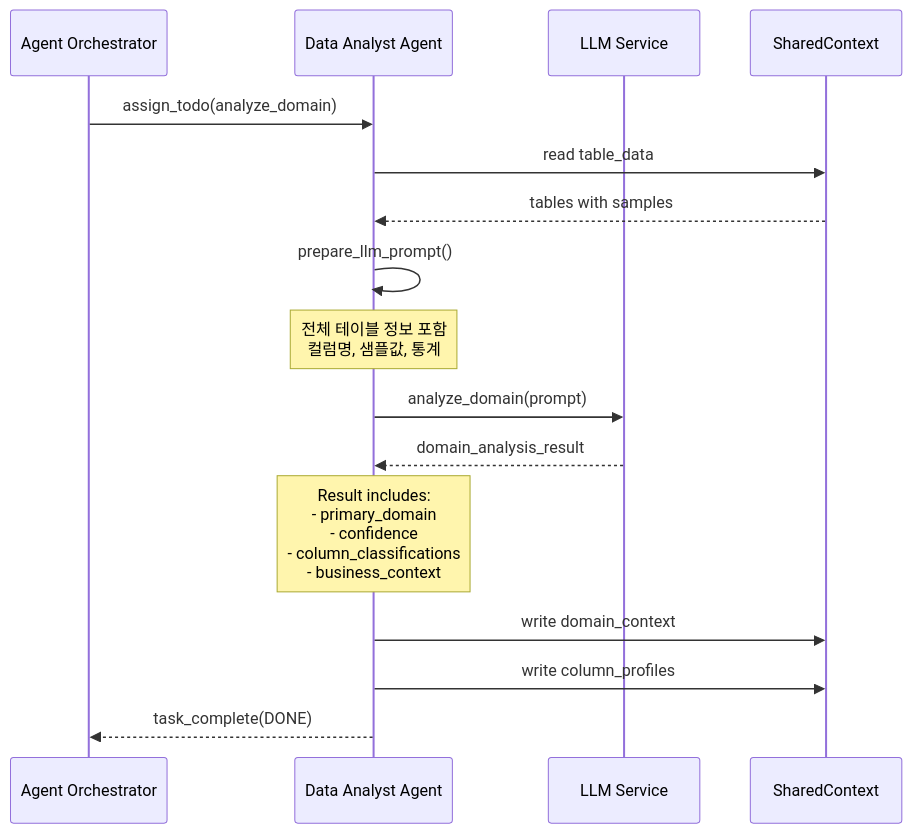
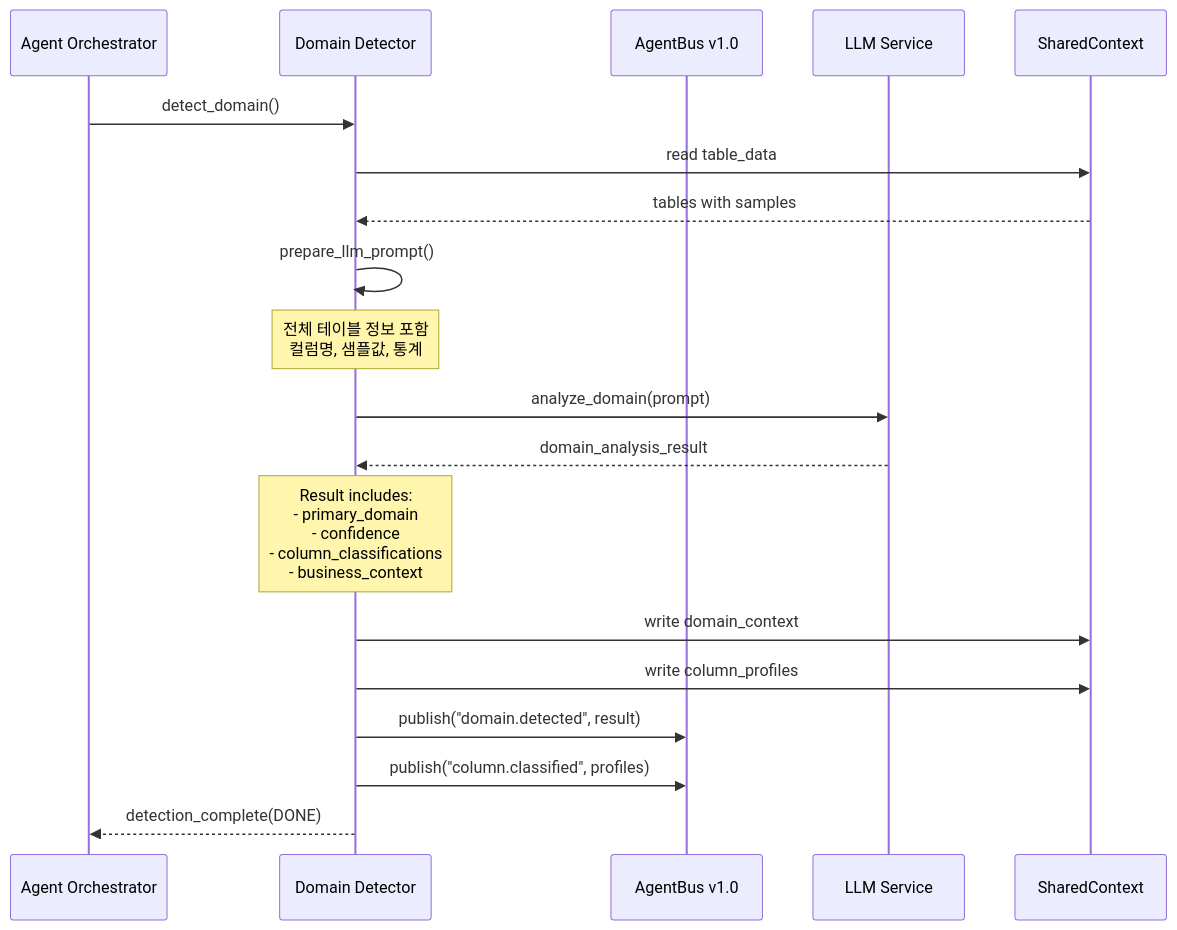
The fourth of 11 diagrams in docs/diagrams/08-domain-detection.md (sabill123/ontology), drawn with Mermaid before and after one commit. The commit also changed other lines of this file and 176 other files, not shown here.

````diff
--- a/docs/diagrams/08-domain-detection.md
+++ b/docs/diagrams/08-domain-detection.md
@@ -146,23 +152,26 @@
 ```mermaid
 sequenceDiagram
     participant AO as Agent Orchestrator
-    participant DA as Data Analyst Agent
+    participant DD as Domain Detector
+    participant BUS as AgentBus v1.0
     participant LLM as LLM Service
     participant SC as SharedContext
 
-    AO->>DA: assign_todo(analyze_domain)
-    DA->>SC: read table_data
-    SC-->>DA: tables with samples
+    AO->>DD: detect_domain()
+    DD->>SC: read table_data
+    SC-->>DD: tables with samples
 
-    DA->>DA: prepare_llm_prompt()
-    Note over DA: 전체 테이블 정보 포함<br/>컬럼명, 샘플값, 통계
+    DD->>DD: prepare_llm_prompt()
+    Note over DD: 전체 테이블 정보 포함<br/>컬럼명, 샘플값, 통계
 
-    DA->>LLM: analyze_domain(prompt)
-    LLM-->>DA: domain_analysis_result
+    DD->>LLM: analyze_domain(prompt)
+    LLM-->>DD: domain_analysis_result
 
-    Note over DA: Result includes:<br/>- primary_domain<br/>- confidence<br/>- column_classifications<br/>- business_context
+    Note over DD: Result includes:<br/>- primary_domain<br/>- confidence<br/>- column_classifications<br/>- business_context
 
-    DA->>SC: write domain_context
-    DA->>SC: write column_profiles
-    DA-->>AO: task_complete(DONE)
+    DD->>SC: write domain_context
+    DD->>SC: write column_profiles
+    DD->>BUS: publish("domain.detected", result)
+    DD->>BUS: publish("column.classified", profiles)
+    DD-->>AO: detection_complete(DONE)
 ```
````
